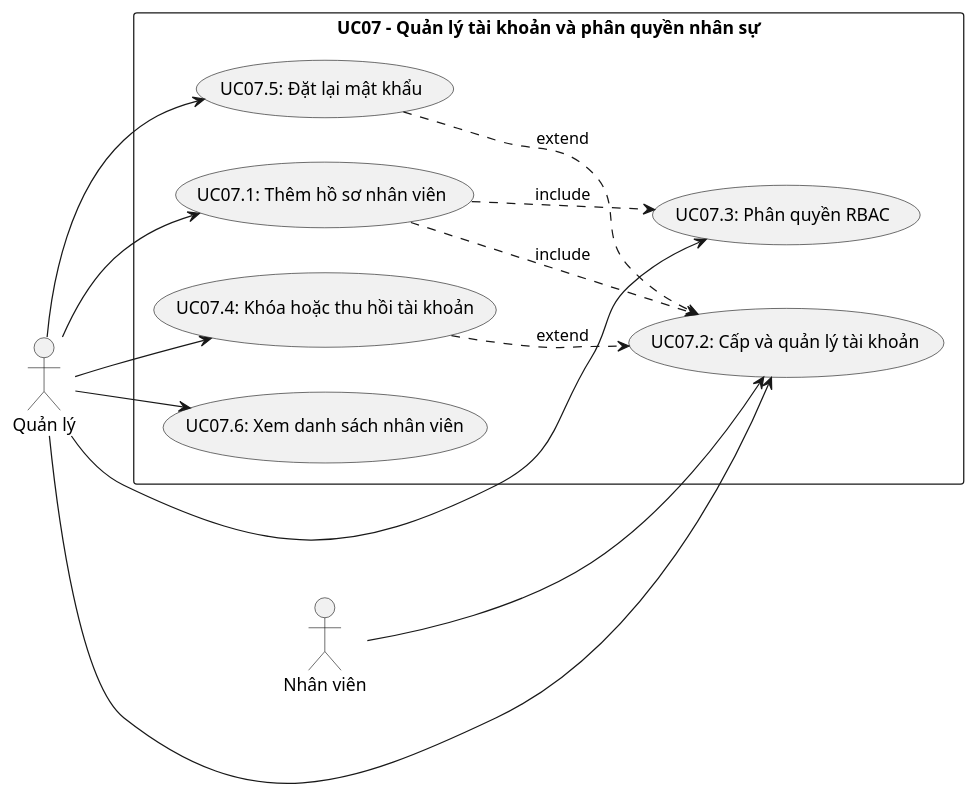
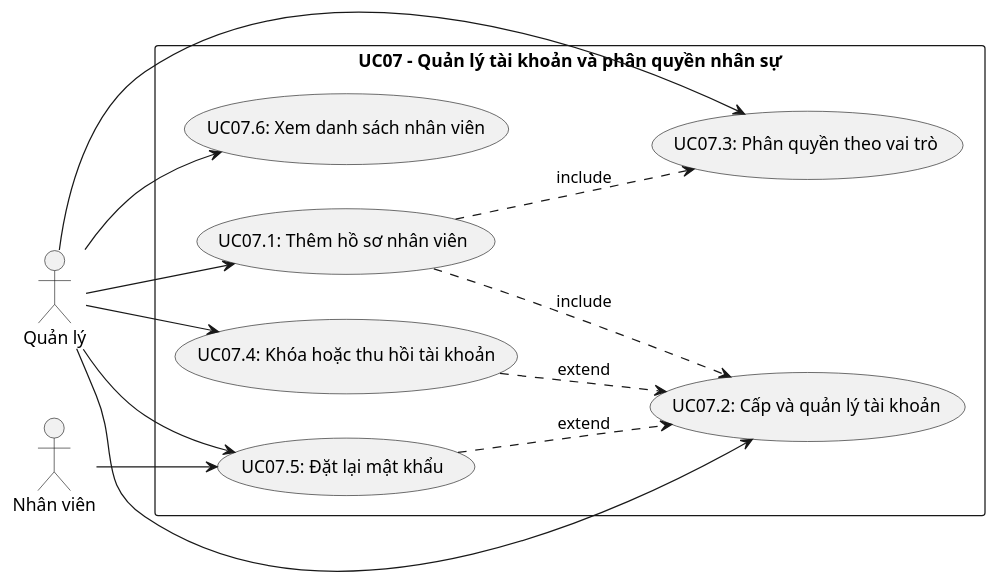
Before and after one commit to Elkayee/doc-automation-suite: the first of 4 diagrams in chapters/Ch09_CHƯƠNG_7_NGHIÊN_CỨU_CHUYÊN_SÂU_—_USE_CA.md, drawn with PlantUML. The commit also changed other lines of this file and 4 other files, not shown here.

````diff
--- a/chapters/Ch09_CHƯƠNG_7_NGHIÊN_CỨU_CHUYÊN_SÂU_—_USE_CA.md
+++ b/chapters/Ch09_CHƯƠNG_7_NGHIÊN_CỨU_CHUYÊN_SÂU_—_USE_CA.md
@@ -11,29 +11,29 @@
 ```plantuml
 @startuml
 left to right direction
 actor "Quản lý" as Manager
 actor "Nhân viên" as Employee
 
 rectangle "UC07 - Quản lý tài khoản và phân quyền nhân sự" {
   usecase "UC07.1: Thêm hồ sơ nhân viên" as UC071
   usecase "UC07.2: Cấp và quản lý tài khoản" as UC072
-  usecase "UC07.3: Phân quyền RBAC" as UC073
+  usecase "UC07.3: Phân quyền theo vai trò" as UC073
   usecase "UC07.4: Khóa hoặc thu hồi tài khoản" as UC074
   usecase "UC07.5: Đặt lại mật khẩu" as UC075
   usecase "UC07.6: Xem danh sách nhân viên" as UC076
 }
 
 Manager --> UC071
 Manager --> UC072
 Manager --> UC073
 Manager --> UC074
 Manager --> UC075
 Manager --> UC076
-Employee --> UC072
+Employee --> UC075
 
 UC071 ..> UC072 : include
 UC071 ..> UC073 : include
 UC074 ..> UC072 : extend
 UC075 ..> UC072 : extend
 @enduml
 ```
````
